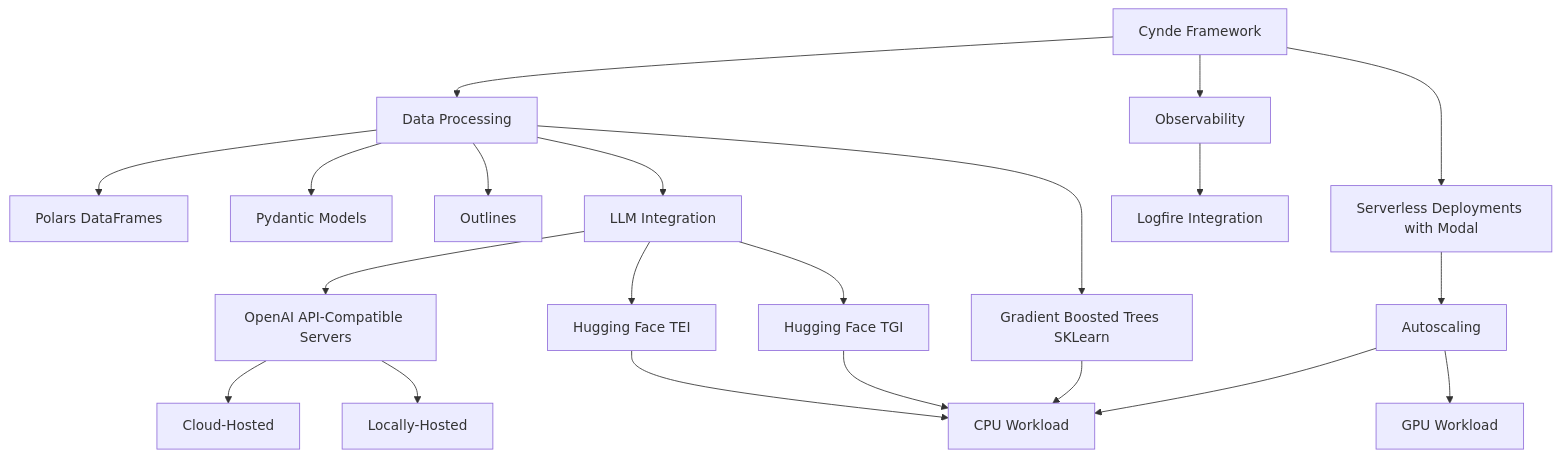
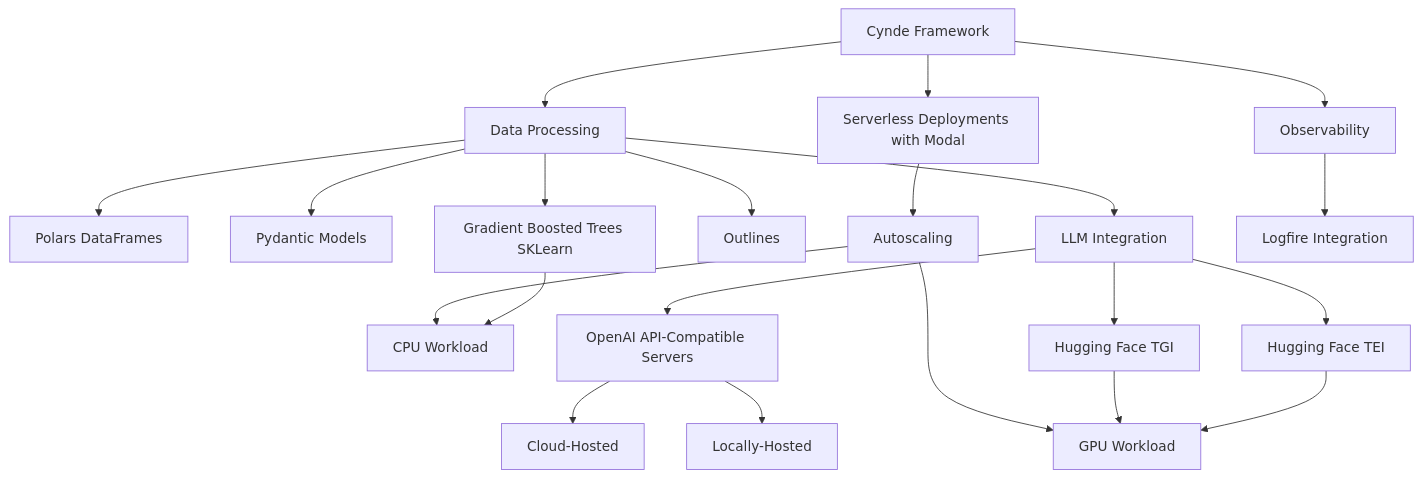
Before and after one commit to Neural-Dragon-AI/Cynde: the diagram in drawings.md, drawn with Mermaid.

````diff
--- a/drawings.md
+++ b/drawings.md
@@ -3,28 +3,28 @@
 ```mermaid
 graph TD
     A[Cynde Framework] --> B[Data Processing]
     B --> C[Polars DataFrames]
     B --> D[Pydantic Models]
     B --> E[Gradient Boosted Trees SKLearn]
     B --> Ot[Outlines]
     A --> P[Serverless Deployments with Modal]
 
     P --> F[Autoscaling]
     F --> G[CPU Workload]
     E --> G
     F --> M[GPU Workload]
 
     B --> H[LLM Integration]
     H --> I[OpenAI API-Compatible Servers]
     I --> J[Cloud-Hosted]
     I --> K[Locally-Hosted]
     H --> N[Hugging Face TGI]
    
     H --> O[Hugging Face TEI]
-    N --> G
-    O --> G
+    N --> M
+    O --> M
 
 
     A --> Y[Observability]
     Y --> Z[Logfire Integration]
 ```
````
